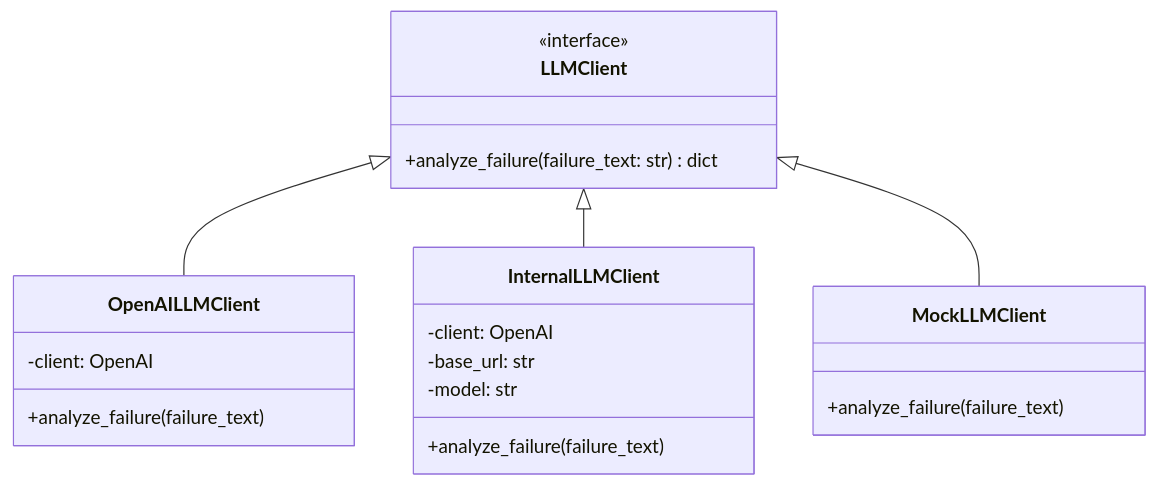
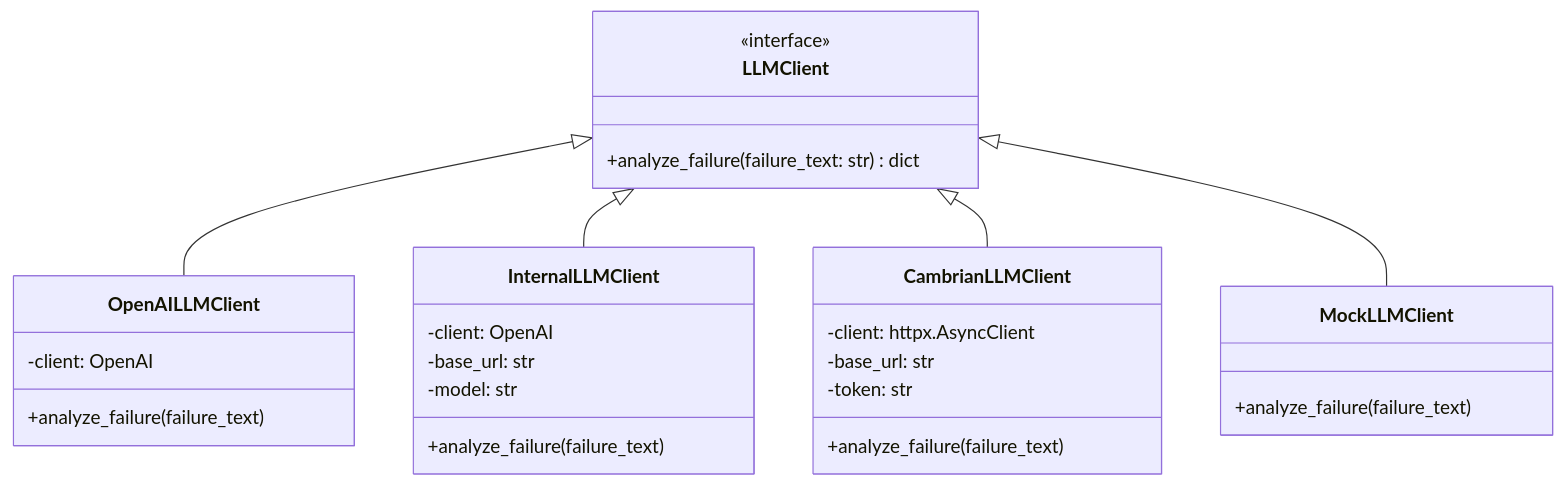
One commit to seen0722/GMS-helper changed the first of 2 diagrams in docs/LLM_INTEGRATION_DESIGN.md. Above: the diagram before and after it, drawn with Mermaid. The commit also changed other lines of this file and 1 other file, not shown here.

Commit message:
docs: regenerate architecture and design documents

````diff
--- a/docs/LLM_INTEGRATION_DESIGN.md
+++ b/docs/LLM_INTEGRATION_DESIGN.md
@@ -13,27 +13,35 @@
 ```mermaid
 classDiagram
     class LLMClient {
         <<interface>>
         +analyze_failure(failure_text: str) dict
     }
     
     class OpenAILLMClient {
         -client: OpenAI
         +analyze_failure(failure_text)
     }
     
     class InternalLLMClient {
         -client: OpenAI
         -base_url: str
         -model: str
         +analyze_failure(failure_text)
     }
     
+    class CambrianLLMClient {
+        -client: httpx.AsyncClient
+        -base_url: str
+        -token: str
+        +analyze_failure(failure_text)
+    }
+    
     class MockLLMClient {
         +analyze_failure(failure_text)
     }
 
     LLMClient <|-- OpenAILLMClient
     LLMClient <|-- InternalLLMClient
+    LLMClient <|-- CambrianLLMClient
     LLMClient <|-- MockLLMClient
 ```
````
